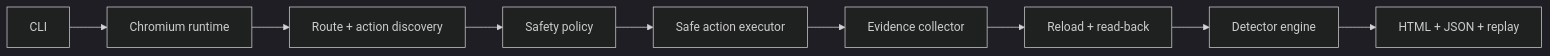
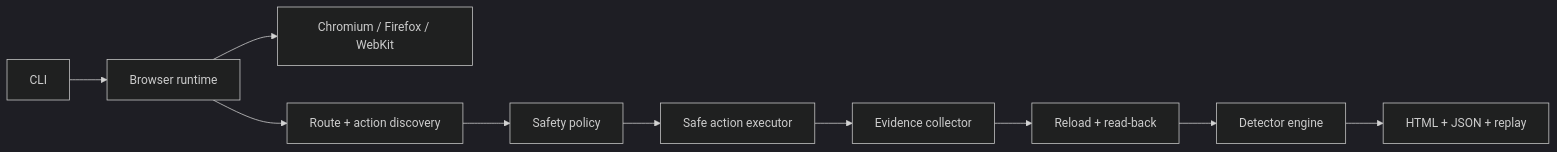
The diagram in README.md (datzle123/RealDone), drawn with Mermaid (dark theme) before and after one commit. The commit also changed other lines of this file and 36 other files, not shown here.

````diff
--- a/README.md
+++ b/README.md
@@ -139,11 +142,12 @@
 ```mermaid
 flowchart LR
-  CLI["CLI"] --> Runtime["Chromium runtime"]
+  CLI["CLI"] --> Runtime["Browser runtime"]
+  Runtime --> Engines["Chromium / Firefox / WebKit"]
   Runtime --> Discovery["Route + action discovery"]
   Discovery --> Policy["Safety policy"]
   Policy --> Executor["Safe action executor"]
   Executor --> Evidence["Evidence collector"]
   Evidence --> Persistence["Reload + read-back"]
   Persistence --> Detectors["Detector engine"]
   Detectors --> Reports["HTML + JSON + replay"]
 ```
````
